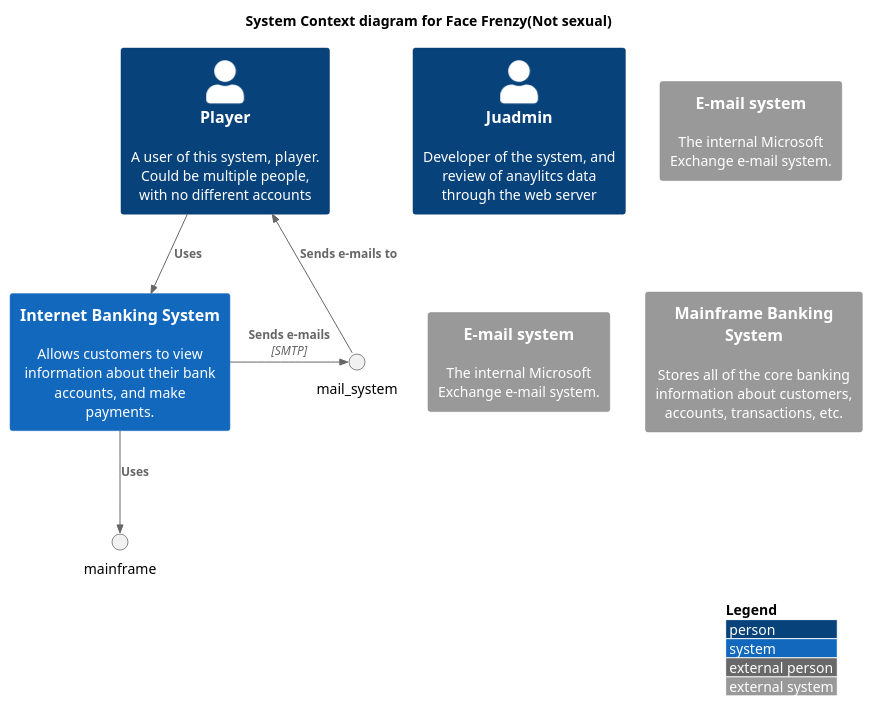
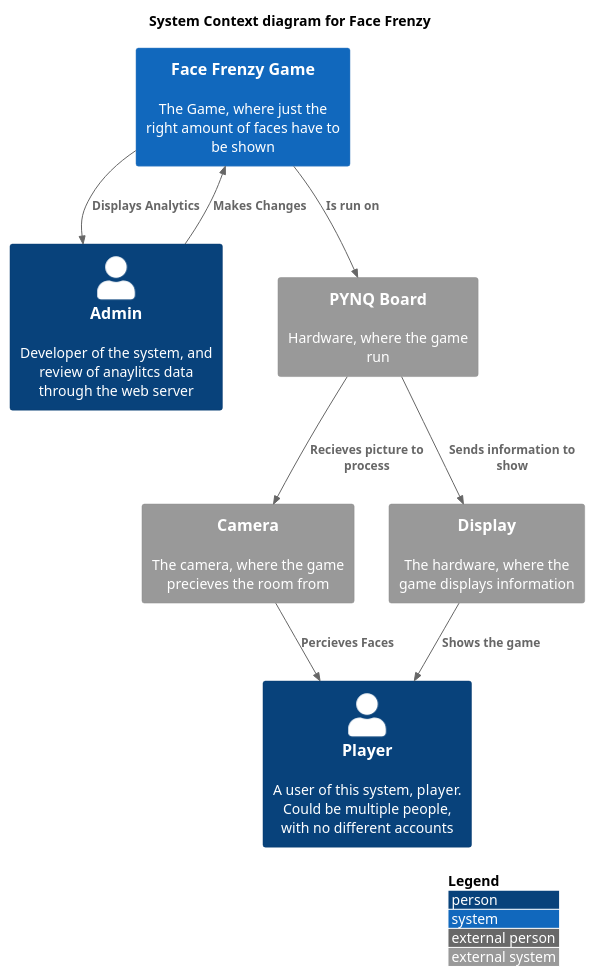
One commit to Kacper-Grzyb/dse-face-frenzy changed the diagram in system-context.puml. Above: the diagram before and after it, drawn with PlantUML.

Commit message:
Context done

```diff
--- a/system-context.puml
+++ b/system-context.puml
@@ -1,22 +1,27 @@
 @startuml
 !include https://raw.githubusercontent.com/plantuml-stdlib/C4-PlantUML/master/C4_Context.puml
 ' uncomment the following line and comment the first to use locally
 ' !include C4_Context.puml
 
 LAYOUT_WITH_LEGEND()
 
-title System Context diagram for Face Frenzy(Not sexual)
+title System Context diagram for Face Frenzy
 
-Person(user, "Player", "A user of this system, player. Could be multiple people, with no different accounts")
-Person(Juadmin, "Juadmin", "Developer of the system, and review of anaylitcs data through the web server")
-System(game, "Internet Banking System", "Allows customers to view information about their bank accounts, and make payments.")
+Person(User, "Player", "A user of this system, player. Could be multiple people, with no different accounts")
+Person(Admin, "Admin", "Developer of the system, and review of anaylitcs data through the web server")
+System(Game, "Face Frenzy Game", "The Game, where just the right amount of faces have to be shown")
  
-System_Ext(Camera, "E-mail system", "The internal Microsoft Exchange e-mail system.")
-System_Ext(Display, "E-mail system", "The internal Microsoft Exchange e-mail system.")
-System_Ext(Webserver, "Mainframe Banking System", "Stores all of the core banking information about customers, accounts, transactions, etc.")
+System_Ext(Camera, "Camera", "The camera, where the game precieves the room from")
+System_Ext(Display, "Display", "The hardware, where the game displays information")
+System_Ext(PYNQ, "PYNQ Board", "Hardware, where the game run")
 
-Rel(user, game, "Uses")
-Rel_Back(user, mail_system, "Sends e-mails to")
-Rel_Neighbor(game, mail_system, "Sends e-mails", "SMTP")
-Rel(game, mainframe, "Uses")
+Rel(Display, User, "Shows the game")
+Rel(Camera, User, "Percieves Faces")
+
+Rel(Game, Admin, "Displays Analytics")
+Rel(Admin, Game, "Makes Changes")
+
+Rel(Game, PYNQ, "Is run on")
+Rel(PYNQ, Display, "Sends information to show")
+Rel(PYNQ, Camera, "Recieves picture to process")
 @enduml
```
